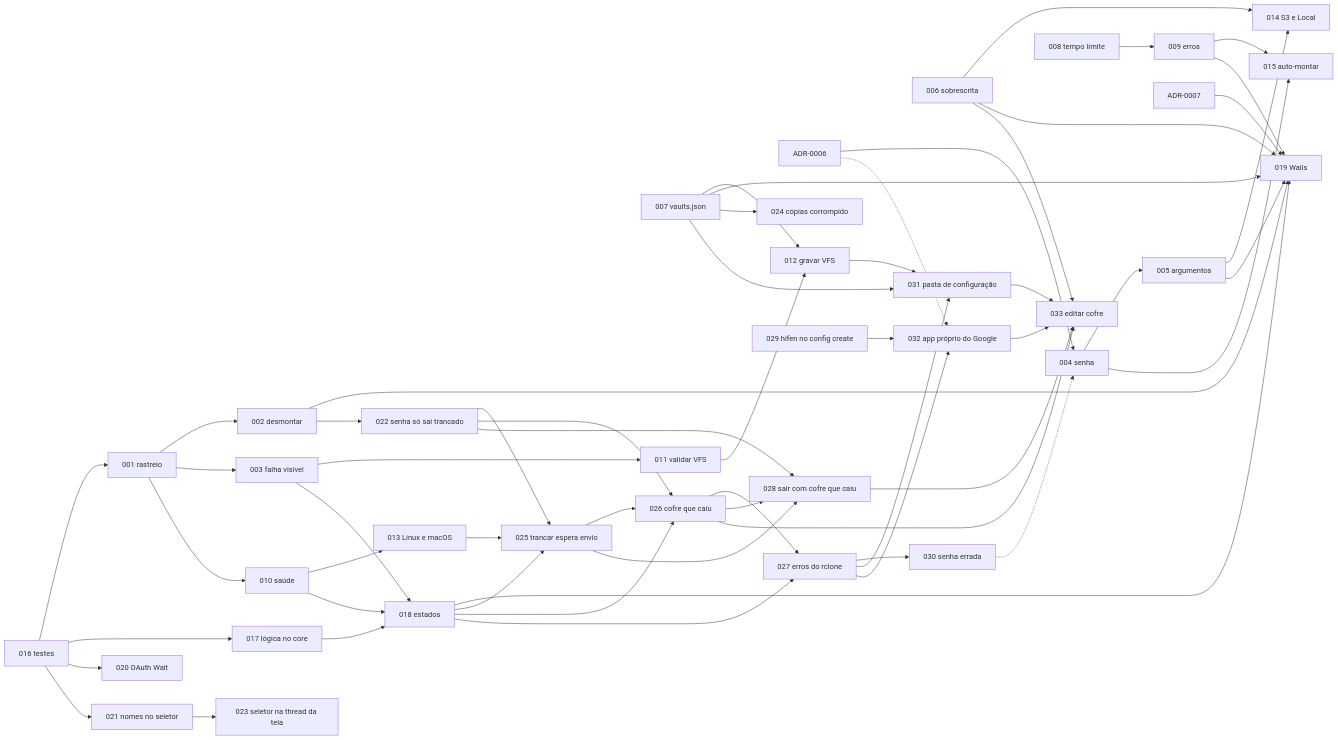
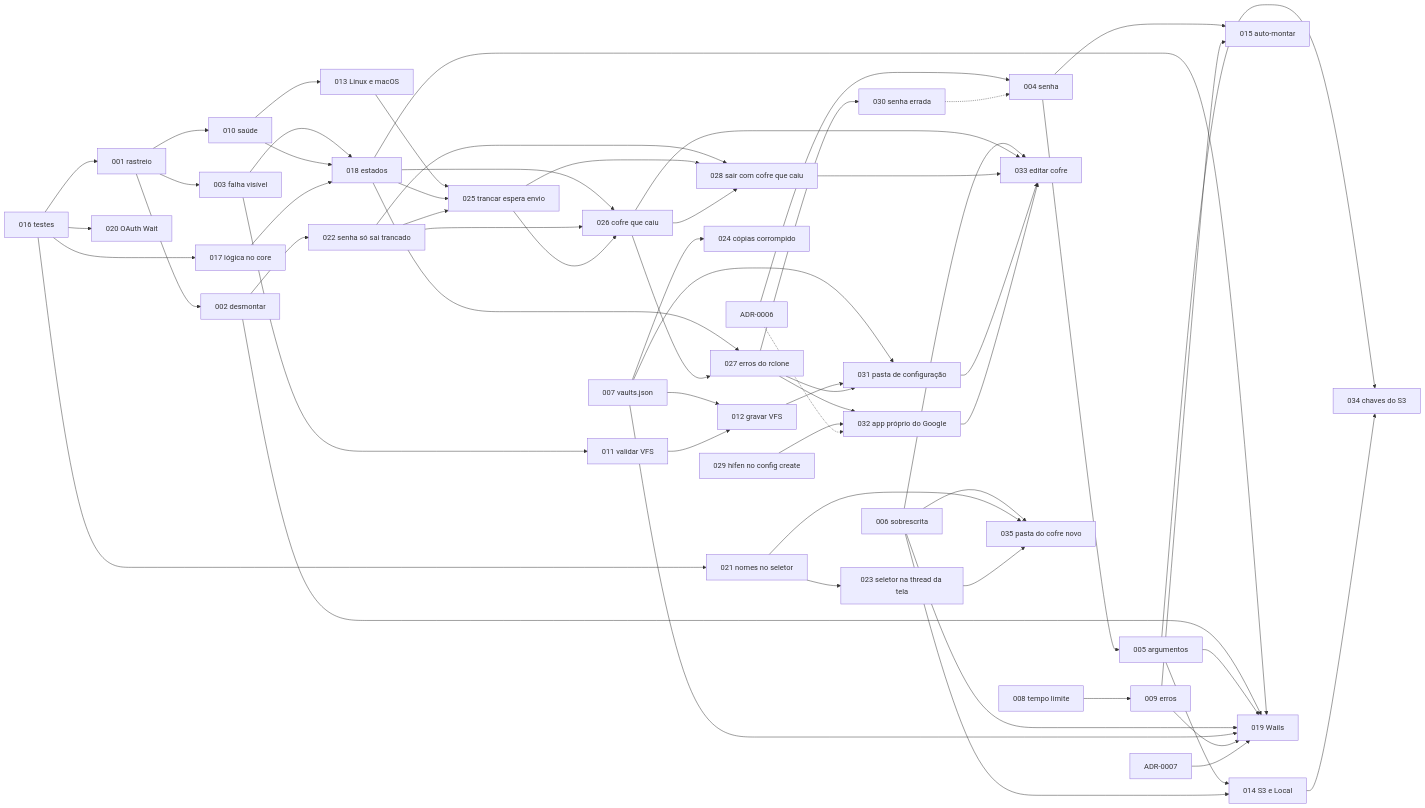
One commit to douglassouza-dev/runtime-crypt-go changed the diagram in docs/demanda/index.md. Above: the diagram before and after it, drawn with Mermaid. The commit also changed other lines of this file and 2 other files, not shown here.

Commit message:
docs: demandas 034 (chaves do S3) e 035 (pasta do cofre novo)

````diff
--- a/docs/demanda/index.md
+++ b/docs/demanda/index.md
@@ -47,61 +49,66 @@
 ```mermaid
 flowchart LR
     d016["016 testes"] --> d001["001 rastreio"]
     d001 --> d002["002 desmontar"]
     d001 --> d003["003 falha visível"]
     d001 --> d010["010 saúde"]
     adr6["ADR-0006"] --> d004["004 senha"]
     d004 --> d005["005 argumentos"]
     d006["006 sobrescrita"]
     d007["007 vaults.json"]
     d008["008 tempo limite"] --> d009["009 erros"]
     d003 --> d011["011 validar VFS"]
     d007 --> d012["012 gravar VFS"]
     d011 --> d012
     d010 --> d013["013 Linux e macOS"]
     d005 --> d014["014 S3 e Local"]
     d006 --> d014
     d004 --> d015["015 auto-montar"]
     d009 --> d015
     d016 --> d017["017 lógica no core"]
     d016 --> d020["020 OAuth Wait"]
     d016 --> d021["021 nomes no seletor"]
     d003 --> d018["018 estados"]
     d010 --> d018
     d017 --> d018
     d018 --> d019["019 Wails"]
     d002 --> d019
     d005 --> d019
     d006 --> d019
     d007 --> d019
     d009 --> d019
     adr7["ADR-0007"] --> d019
     d002 --> d022["022 senha só sai trancado"]
     d021 --> d023["023 seletor na thread da tela"]
     d007 --> d024["024 cópias corrompido"]
     d013 --> d025["025 trancar espera envio"]
     d018 --> d025
     d022 --> d025
     d018 --> d026["026 cofre que caiu"]
     d022 --> d026
     d025 --> d026
     d018 --> d027["027 erros do rclone"]
     d026 --> d027
     d022 --> d028["028 sair com cofre que caiu"]
     d025 --> d028
     d026 --> d028
     d029["029 hífen no config create"]
     d027 --> d030["030 senha errada"]
     d030 -.-> d004
     d007 --> d031["031 pasta de configuração"]
     d012 --> d031
     d027 --> d031
     d027 --> d032["032 app próprio do Google"]
     d029 --> d032
     adr6 -.-> d032
     d006 --> d033["033 editar cofre"]
     d026 --> d033
     d028 --> d033
     d031 --> d033
     d032 --> d033
+    d005 --> d034["034 chaves do S3"]
+    d014 --> d034
+    d006 --> d035["035 pasta do cofre novo"]
+    d021 --> d035
+    d023 --> d035
 ```
````
